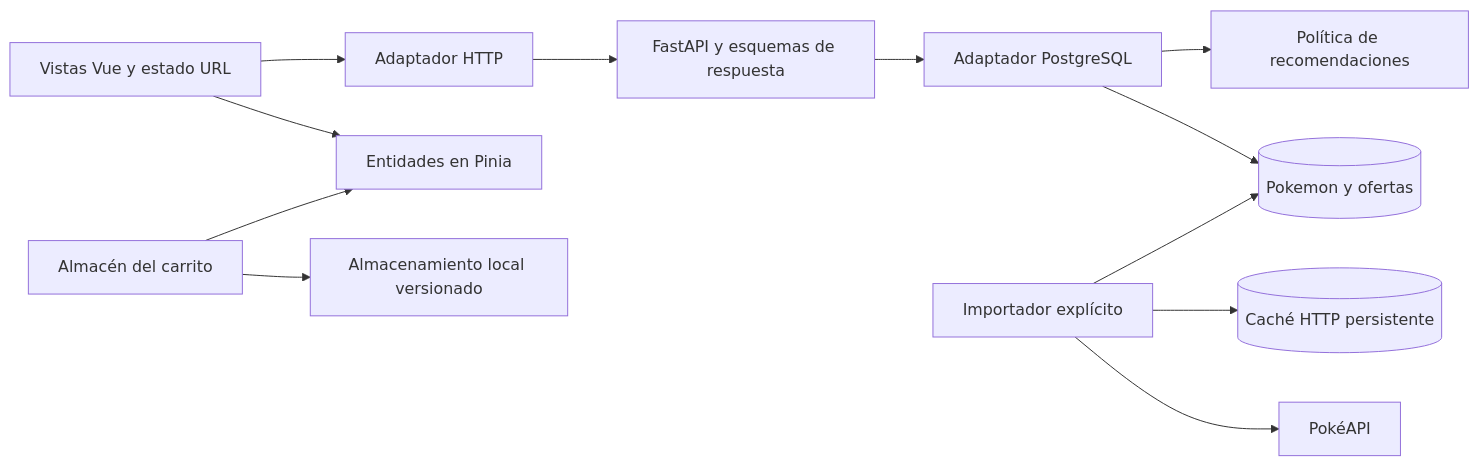
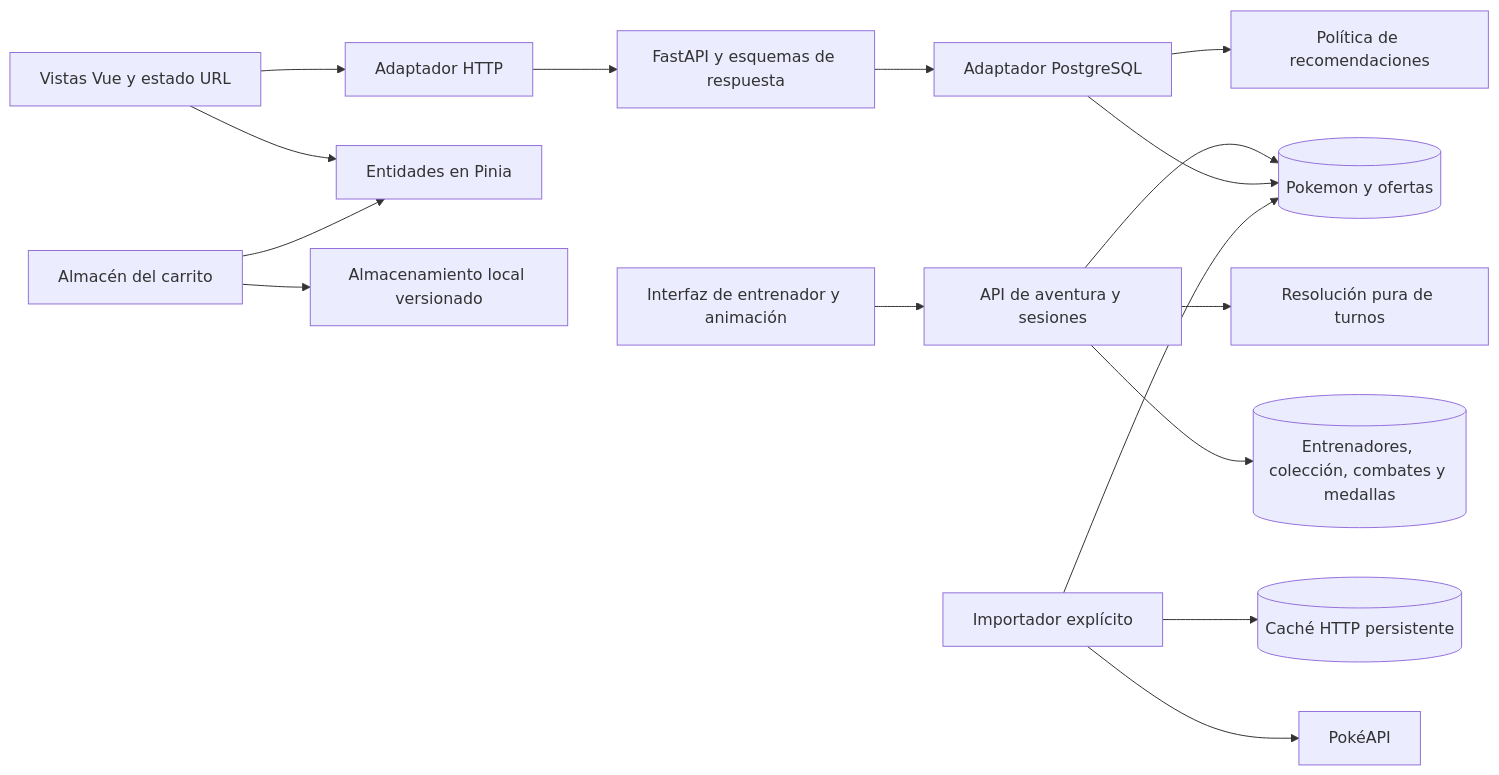
The diagram in README.es.md (kevin0018/PokeShop), drawn with Mermaid before and after one commit. The commit also changed other lines of this file and 9 other files, not shown here.

````diff
--- a/README.es.md
+++ b/README.es.md
@@ -102,14 +103,18 @@
 ```mermaid
 flowchart LR
   Views[Vistas Vue y estado URL] --> HTTP[Adaptador HTTP]
   Views --> Entities[Entidades en Pinia]
   Cart[Almacén del carrito] --> Entities
   Cart --> Storage[Almacenamiento local versionado]
   HTTP --> API[FastAPI y esquemas de respuesta]
   API --> PG[Adaptador PostgreSQL]
+  Trainer[Interfaz de entrenador y animación] --> Game[API de aventura y sesiones]
+  Game --> Rules[Resolución pura de turnos]
+  Game --> GameDB[(Entrenadores, colección, combates y medallas)]
+  Game --> DB
   PG --> Policy[Política de recomendaciones]
   PG --> DB[(Pokemon y ofertas)]
   Sync[Importador explícito] --> Cache[(Caché HTTP persistente)]
   Sync --> PokeAPI[PokéAPI]
   Sync --> DB
 ```
````
